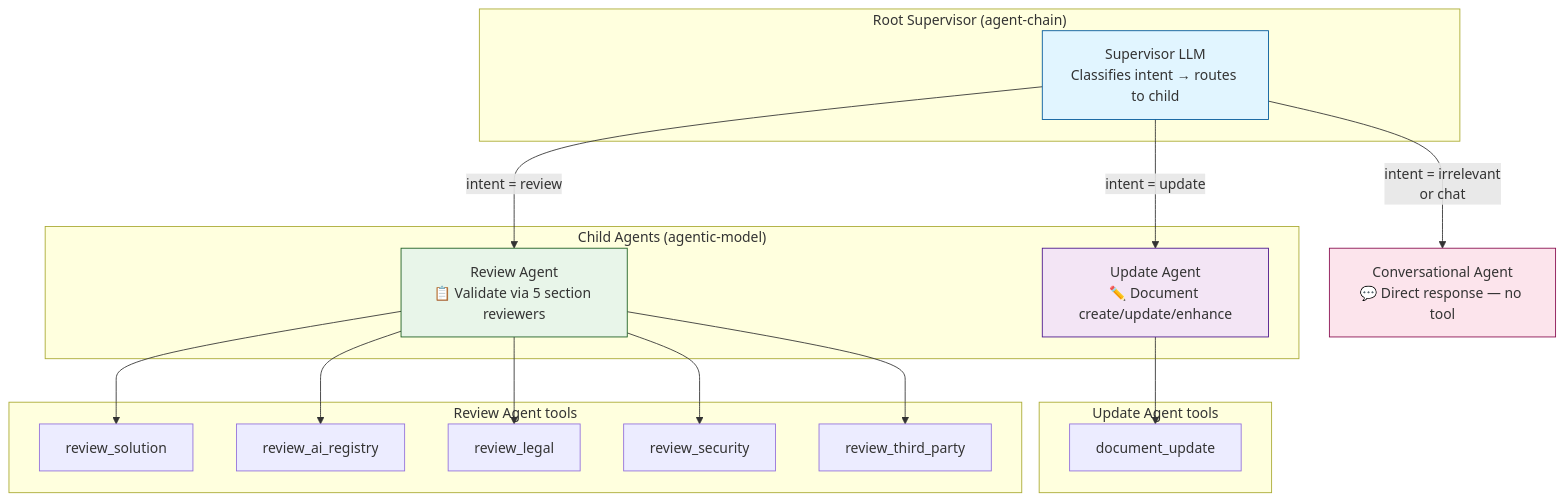
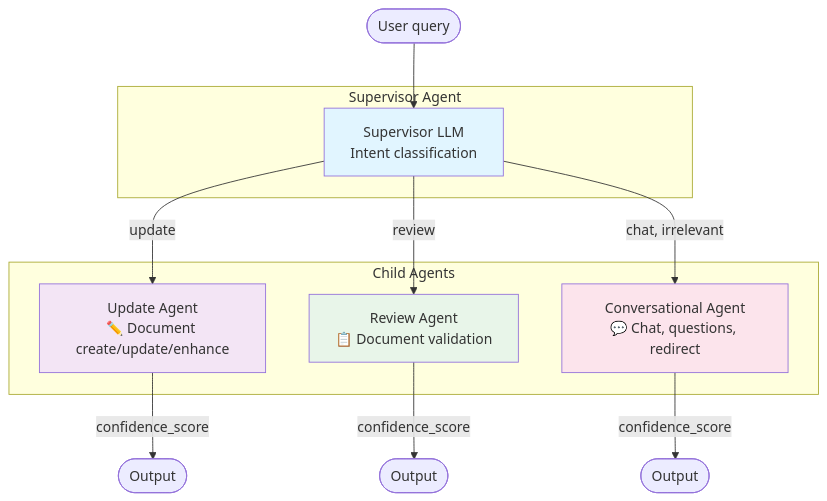
The fifth of 7 diagrams in mermaid-imp.md (Harsha-Reddy21/multi-agent-idea-generator), drawn with Mermaid before and after one commit. The commit also changed other lines of this file, not shown here.

Commit message:
Mermaid final

````diff
--- a/mermaid-imp.md
+++ b/mermaid-imp.md
@@ -20,41 +137,26 @@
 ```mermaid
 graph TB
-    subgraph root["Root Supervisor (agent-chain)"]
-        SUP[Supervisor LLM<br/>Classifies intent → routes to child]
+    subgraph supervisor["Supervisor Agent"]
+        SUP_LLM[Supervisor LLM<br/>Intent classification]
     end
     
-    subgraph children["Child Agents (agentic-model)"]
+    subgraph children["Child Agents"]
         UPDATE[Update Agent<br/>✏️ Document create/update/enhance]
-        REVIEW[Review Agent<br/>📋 Validate via 5 section reviewers]
+        REVIEW[Review Agent<br/>📋 Document validation]
+        CONV[Conversational Agent<br/>💬 Chat, questions, redirect]
     end
     
-    CONV[Conversational Agent<br/>💬 Direct response — no tool]
+    QUERY([User query]) --> SUP_LLM
+    SUP_LLM -->|update| UPDATE
+    SUP_LLM -->|review| REVIEW
+    SUP_LLM -->|chat, irrelevant| CONV
     
-    SUP -->|intent = update| UPDATE
-    SUP -->|intent = review| REVIEW
-    SUP -->|intent = irrelevant<br/>or chat| CONV
+    UPDATE -->|confidence_score| OUT1([Output])
+    REVIEW -->|confidence_score| OUT2([Output])
+    CONV -->|confidence_score| OUT3([Output])
     
-    subgraph update_tools["Update Agent tools"]
-        DOC_UPDATE[document_update]
-    end
-    
-    subgraph review_tools["Review Agent tools"]
-        SOL[review_solution]
-        AI[review_ai_registry]
-        LEGAL[review_legal]
-        SEC[review_security]
-        TP[review_third_party]
-    end
-    
-    UPDATE --> DOC_UPDATE
-    REVIEW --> SOL
-    REVIEW --> AI
-    REVIEW --> LEGAL
-    REVIEW --> SEC
-    REVIEW --> TP
-    
-    style SUP fill:#e1f5ff,stroke:#01579b
-    style UPDATE fill:#f3e5f5,stroke:#4a148c
-    style REVIEW fill:#e8f5e9,stroke:#1b5e20
-    style CONV fill:#fce4ec,stroke:#880e4f
+    style SUP_LLM fill:#e1f5ff
+    style UPDATE fill:#f3e5f5
+    style REVIEW fill:#e8f5e9
+    style CONV fill:#fce4ec
 ```
````
